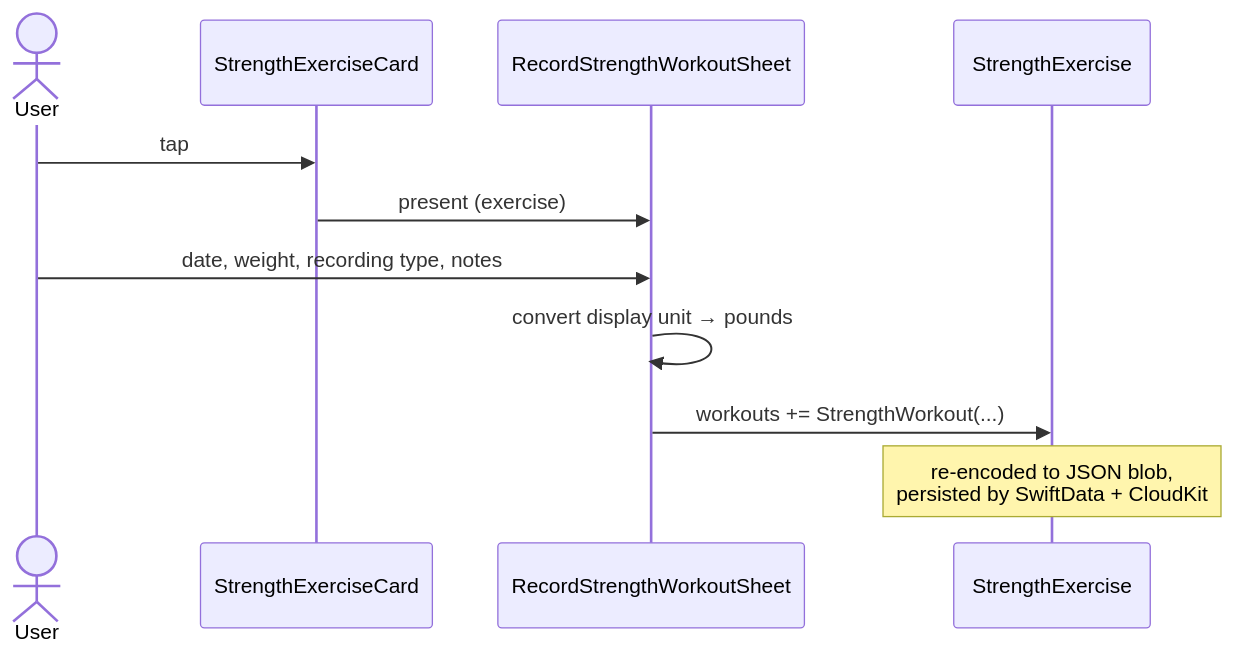
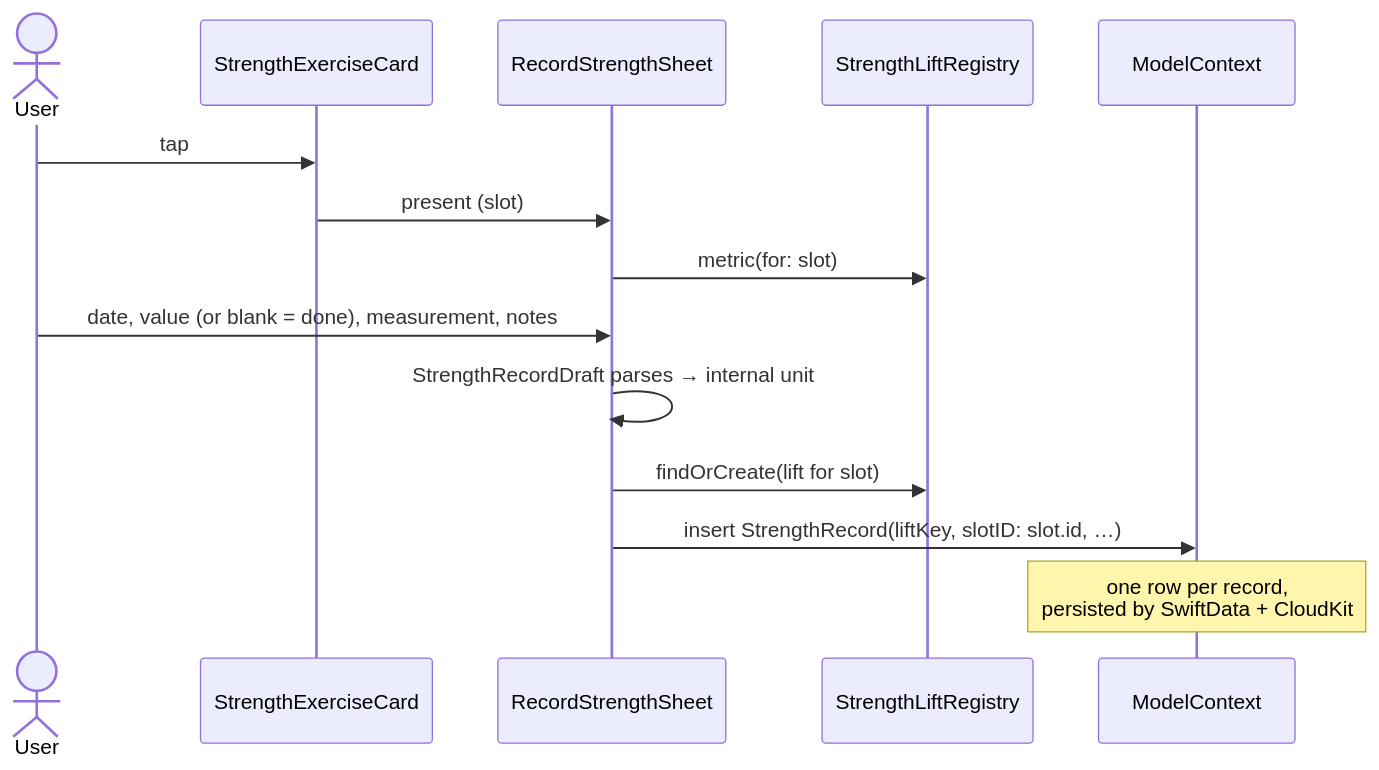
The fourth of 4 diagrams in docs/STRENGTH_TRAINING.md (bradlet/train), drawn with Mermaid before and after one commit. The commit also changed other lines of this file and 4 other files, not shown here.

First line of the commit message:
docs: document lift-owned strength history

````diff
--- a/docs/STRENGTH_TRAINING.md
+++ b/docs/STRENGTH_TRAINING.md
@@ -156,14 +173,17 @@
 ```mermaid
 sequenceDiagram
     actor User
     participant Card as StrengthExerciseCard
-    participant Sheet as RecordStrengthWorkoutSheet
-    participant Model as StrengthExercise
+    participant Sheet as RecordStrengthSheet
+    participant Registry as StrengthLiftRegistry
+    participant Store as ModelContext
 
     User->>Card: tap
-    Card->>Sheet: present (exercise)
-    User->>Sheet: date, weight, recording type, notes
-    Sheet->>Sheet: convert display unit → pounds
-    Sheet->>Model: workouts += StrengthWorkout(...)
-    Note over Model: re-encoded to JSON blob,<br/>persisted by SwiftData + CloudKit
+    Card->>Sheet: present (slot)
+    Sheet->>Registry: metric(for: slot)
+    User->>Sheet: date, value (or blank = done), measurement, notes
+    Sheet->>Sheet: StrengthRecordDraft parses → internal unit
+    Sheet->>Registry: findOrCreate(lift for slot)
+    Sheet->>Store: insert StrengthRecord(liftKey, slotID: slot.id, …)
+    Note over Store: one row per record,<br/>persisted by SwiftData + CloudKit
 ```
````
